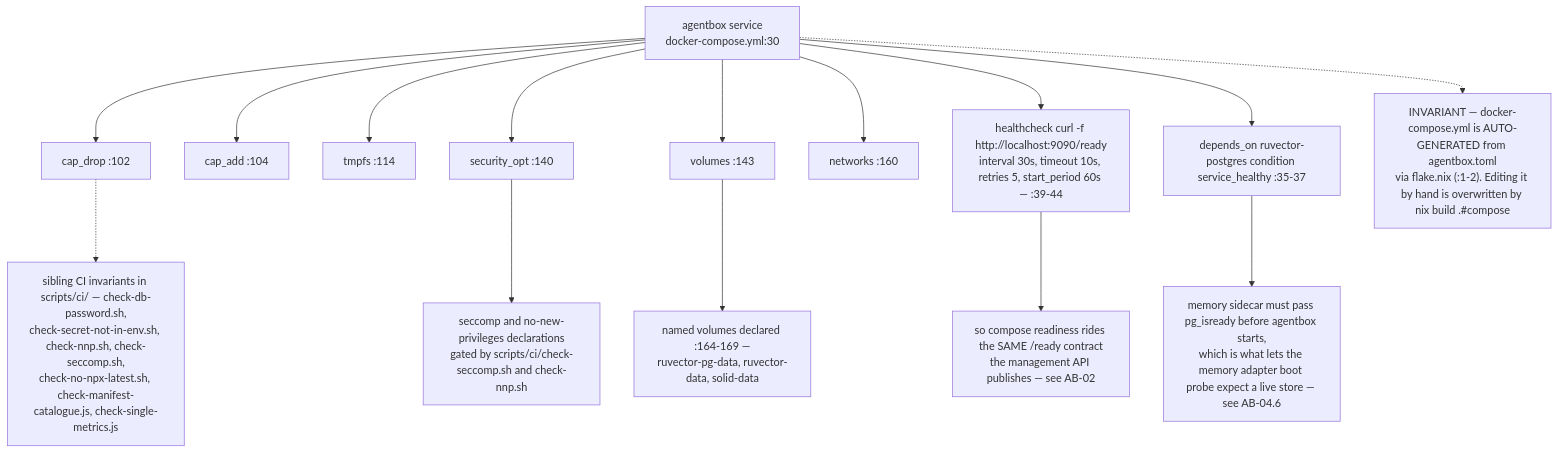
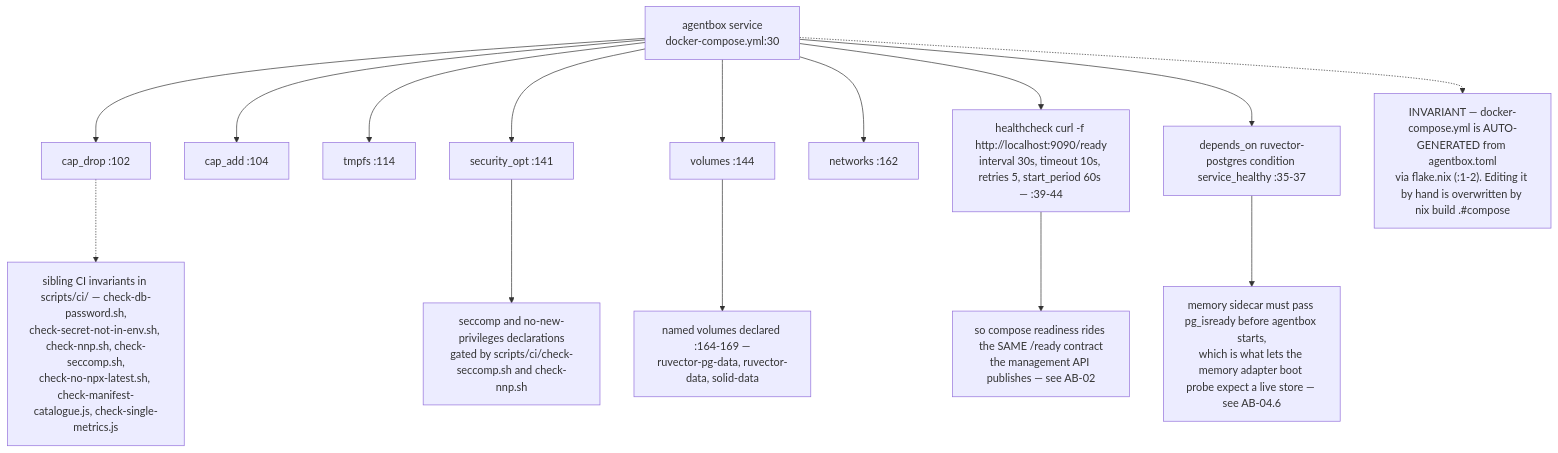
One commit to DreamLab-AI/VisionFlow changed the eighth of 9 diagrams in docs/diagrams/agentbox/06-sidecars-and-compose-overlays.md. Above: the diagram before and after it, drawn with Mermaid. The commit also changed other lines of this file and 51 other files, not shown here.

First line of the commit message:
docs(diagrams): agentbox AB-01..13 re-attested anchor by anchor (980 anchors, 22 defects); checkpoint against an out-of-mesh writer

````diff
--- a/docs/diagrams/agentbox/06-sidecars-and-compose-overlays.md
+++ b/docs/diagrams/agentbox/06-sidecars-and-compose-overlays.md
@@ -236,17 +236,17 @@
 ```mermaid
 flowchart TD
     AB["agentbox service<br/>docker-compose.yml:30"] --> CD["cap_drop :102"]
     AB --> CA2["cap_add :104"]
     AB --> TM["tmpfs :114"]
-    AB --> SO["security_opt :140"]
-    AB --> VOL["volumes :143"]
-    AB --> NET["networks :160"]
+    AB --> SO["security_opt :141"]
+    AB --> VOL["volumes :144"]
+    AB --> NET["networks :162"]
     SO --> SCC["seccomp and no-new-privileges declarations<br/>gated by scripts/ci/check-seccomp.sh and check-nnp.sh"]
     VOL --> NV["named volumes declared :164-169 —<br/>ruvector-pg-data, ruvector-data, solid-data"]
     AB --> HC["healthcheck curl -f http://localhost:9090/ready<br/>interval 30s, timeout 10s, retries 5, start_period 60s — :39-44"]
     HC --> RDY["so compose readiness rides the SAME /ready contract<br/>the management API publishes — see AB-02"]
     AB --> DEP["depends_on ruvector-postgres condition service_healthy :35-37"]
     DEP --> ORD["memory sidecar must pass pg_isready before agentbox starts,<br/>which is what lets the memory adapter boot probe expect a live store — see AB-04.6"]
     AB -.-> GEN["INVARIANT — docker-compose.yml is AUTO-GENERATED from agentbox.toml<br/>via flake.nix (:1-2). Editing it by hand is overwritten by nix build .#compose"]
     CD -.-> SIB["sibling CI invariants in scripts/ci/ — check-db-password.sh,<br/>check-secret-not-in-env.sh, check-nnp.sh, check-seccomp.sh,<br/>check-no-npx-latest.sh, check-manifest-catalogue.js, check-single-metrics.js"]
 ```
````
